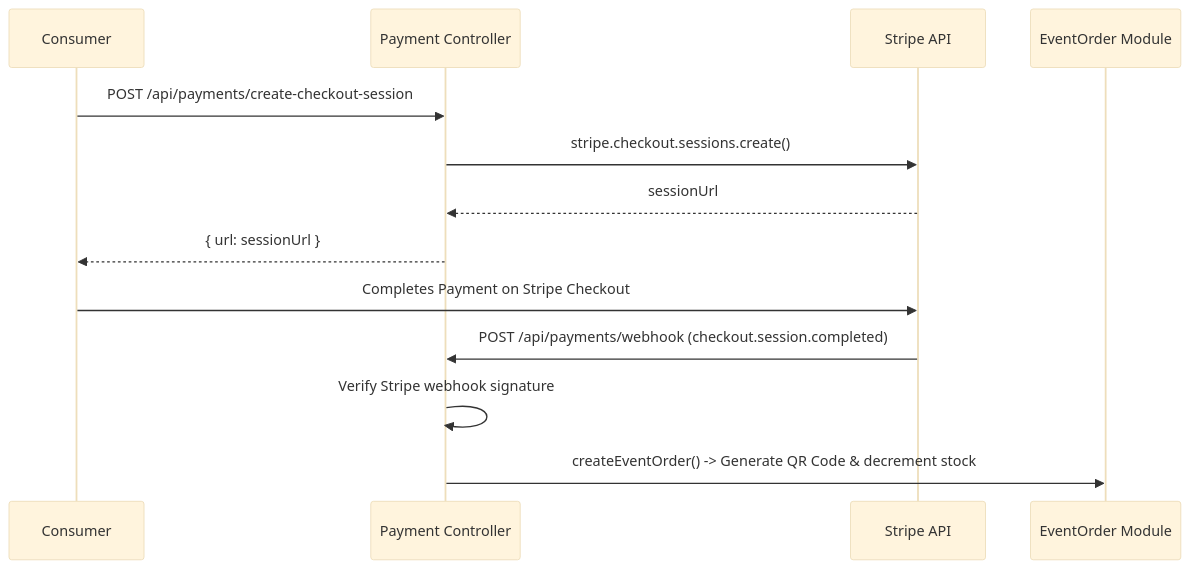
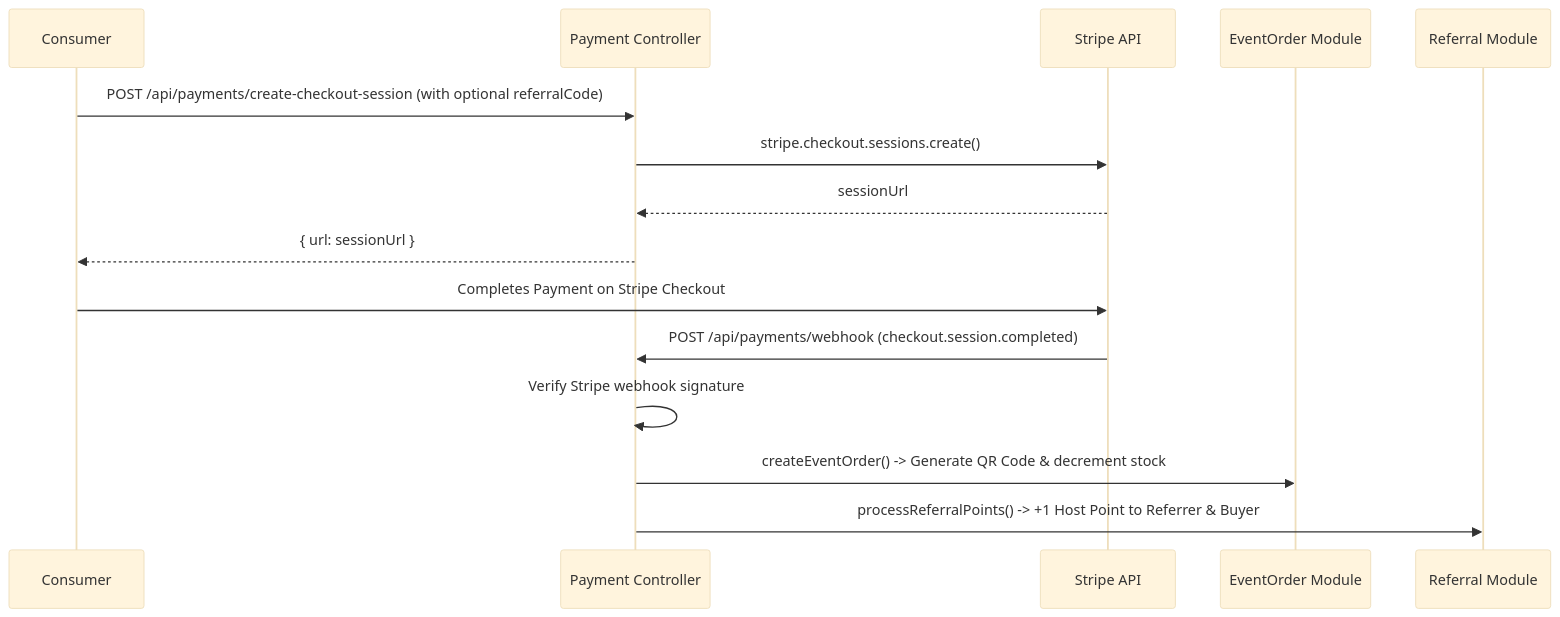
One commit to Asaduzzaman70/teamstreakpromo-mern-express changed the diagram in src/modules/payment/README.md. Above: the diagram before and after it, drawn with Mermaid (base theme). The commit also changed other lines of this file and 16 other files, not shown here.

````diff
--- a/src/modules/payment/README.md
+++ b/src/modules/payment/README.md
@@ -55,16 +57,18 @@
 ```mermaid
 sequenceDiagram
     participant User as Consumer
     participant API as Payment Controller
     participant Stripe as Stripe API
     participant EventOrder as EventOrder Module
+    participant Referral as Referral Module
 
-    User->>API: POST /api/payments/create-checkout-session
+    User->>API: POST /api/payments/create-checkout-session (with optional referralCode)
     API->>Stripe: stripe.checkout.sessions.create()
     Stripe-->>API: sessionUrl
     API-->>User: { url: sessionUrl }
     User->>Stripe: Completes Payment on Stripe Checkout
     Stripe->>API: POST /api/payments/webhook (checkout.session.completed)
     API->>API: Verify Stripe webhook signature
     API->>EventOrder: createEventOrder() -> Generate QR Code & decrement stock
+    API->>Referral: processReferralPoints() -> +1 Host Point to Referrer & Buyer
 ```
````
